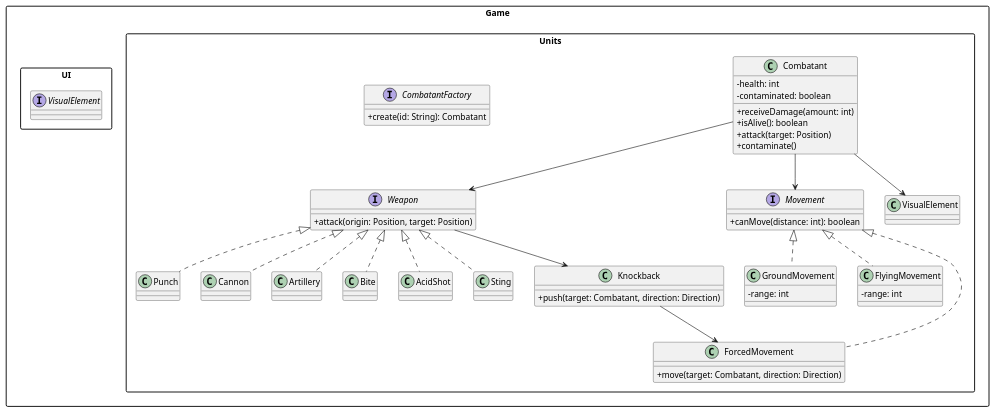
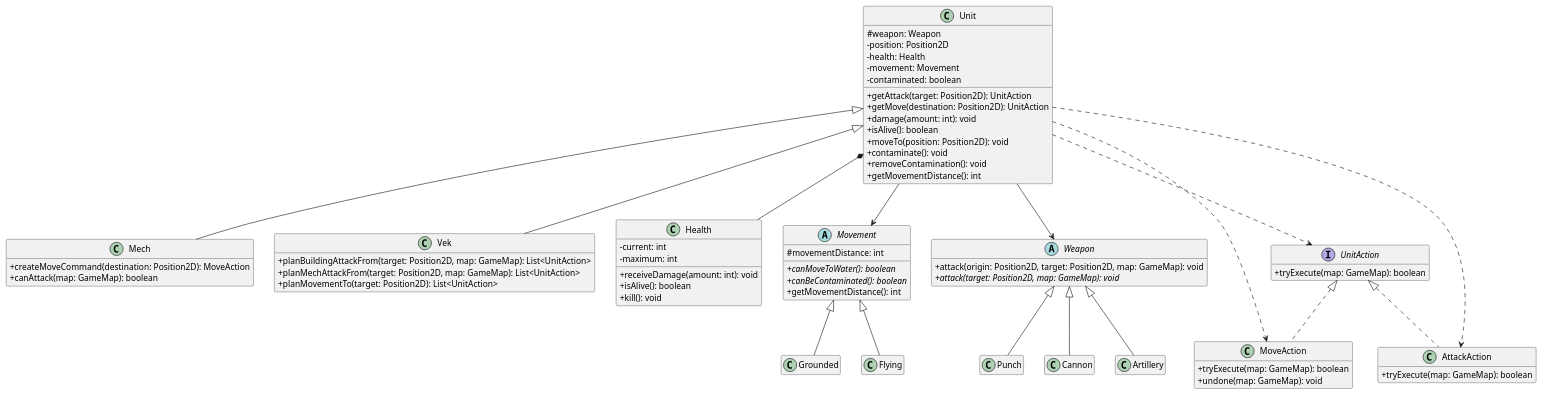
Before and after one commit to IGacitua/Algo3TP2: the diagram in diagrams/classes/combatant.puml, drawn with PlantUML.

Commit message:
docs: update combatant class diagram

```diff
--- a/diagrams/classes/combatant.puml
+++ b/diagrams/classes/combatant.puml
@@ -2,77 +1,118 @@
 @startuml Combatant
 
 skinparam classAttributeIconSize 0
-skinparam packageStyle rectangle
+hide empty members
+top to bottom direction
 
-package Game.Units {
+' ==========================
+' UNIDADES
+' ==========================
 
-    class Combatant {
-        - health: int
-        - contaminated: boolean
+class Unit {
+    # weapon: Weapon
+    - position: Position2D
+    - health: Health
+    - movement: Movement
+    - contaminated: boolean
 
-        + receiveDamage(amount: int)
-        + isAlive(): boolean
-        + attack(target: Position)
-        + contaminate()
-    }
-
-    interface CombatantFactory {
-        + create(id: String): Combatant
-    }
-
-    interface Weapon {
-        + attack(origin: Position, target: Position)
-    }
-
-    class Punch
-    class Cannon
-    class Artillery
-    class Bite
-    class AcidShot
-    class Sting
-
-    class Knockback {
-        + push(target: Combatant, direction: Direction)
-    }
-
-    interface Movement {
-        + canMove(distance: int): boolean
-    }
-
-    class GroundMovement {
-        - range: int
-    }
-
-    class FlyingMovement {
-        - range: int
-    }
-
-    class ForcedMovement {
-        + move(target: Combatant, direction: Direction)
-    }
-
-    Combatant --> Weapon
-    Combatant --> Movement
-    Combatant --> VisualElement
-
-    Weapon <|.. Punch
-    Weapon <|.. Cannon
-    Weapon <|.. Artillery
-    Weapon <|.. Bite
-    Weapon <|.. AcidShot
-    Weapon <|.. Sting
-
-    Weapon --> Knockback
-
-    Movement <|.. GroundMovement
-    Movement <|.. FlyingMovement
-    Movement <|.. ForcedMovement
-
-    Knockback --> ForcedMovement
+    + getAttack(target: Position2D): UnitAction
+    + getMove(destination: Position2D): UnitAction
+    + damage(amount: int): void
+    + isAlive(): boolean
+    + moveTo(position: Position2D): void
+    + contaminate(): void
+    + removeContamination(): void
+    + getMovementDistance(): int
 }
 
-package Game.UI {
-    interface VisualElement
+class Mech {
+    + createMoveCommand(destination: Position2D): MoveAction
+    + canAttack(map: GameMap): boolean
 }
 
+class Vek {
+    + planBuildingAttackFrom(target: Position2D, map: GameMap): List<UnitAction>
+    + planMechAttackFrom(target: Position2D, map: GameMap): List<UnitAction>
+    + planMovementTo(target: Position2D): List<UnitAction>
+}
+
+class Health {
+    - current: int
+    - maximum: int
+
+    + receiveDamage(amount: int): void
+    + isAlive(): boolean
+    + kill(): void
+}
+
+Unit <|-- Mech
+Unit <|-- Vek
+Unit *-- Health
+
+
+' ==========================
+' MOVIMIENTO
+' ==========================
+
+abstract class Movement {
+    # movementDistance: int
+
+    + {abstract} canMoveToWater(): boolean
+    + {abstract} canBeContaminated(): boolean
+    + getMovementDistance(): int
+}
+
+class Grounded
+class Flying
+
+Movement <|-- Grounded
+Movement <|-- Flying
+
+Unit --> Movement
+
+
+' ==========================
+' ARMAS
+' ==========================
+
+abstract class Weapon {
+    + attack(origin: Position2D, target: Position2D, map: GameMap): void
+    + {abstract} attack(target: Position2D, map: GameMap): void
+}
+
+class Punch
+class Cannon
+class Artillery
+
+Weapon <|-- Punch
+Weapon <|-- Cannon
+Weapon <|-- Artillery
+
+Unit --> Weapon
+
+
+' ==========================
+' ACCIONES
+' ==========================
+
+interface UnitAction {
+    + tryExecute(map: GameMap): boolean
+}
+
+class MoveAction {
+    + tryExecute(map: GameMap): boolean
+    + undone(map: GameMap): void
+}
+
+class AttackAction {
+    + tryExecute(map: GameMap): boolean
+}
+
+UnitAction <|.. MoveAction
+UnitAction <|.. AttackAction
+
+Unit ..> UnitAction
+Unit ..> MoveAction
+Unit ..> AttackAction
+
 @enduml
```
